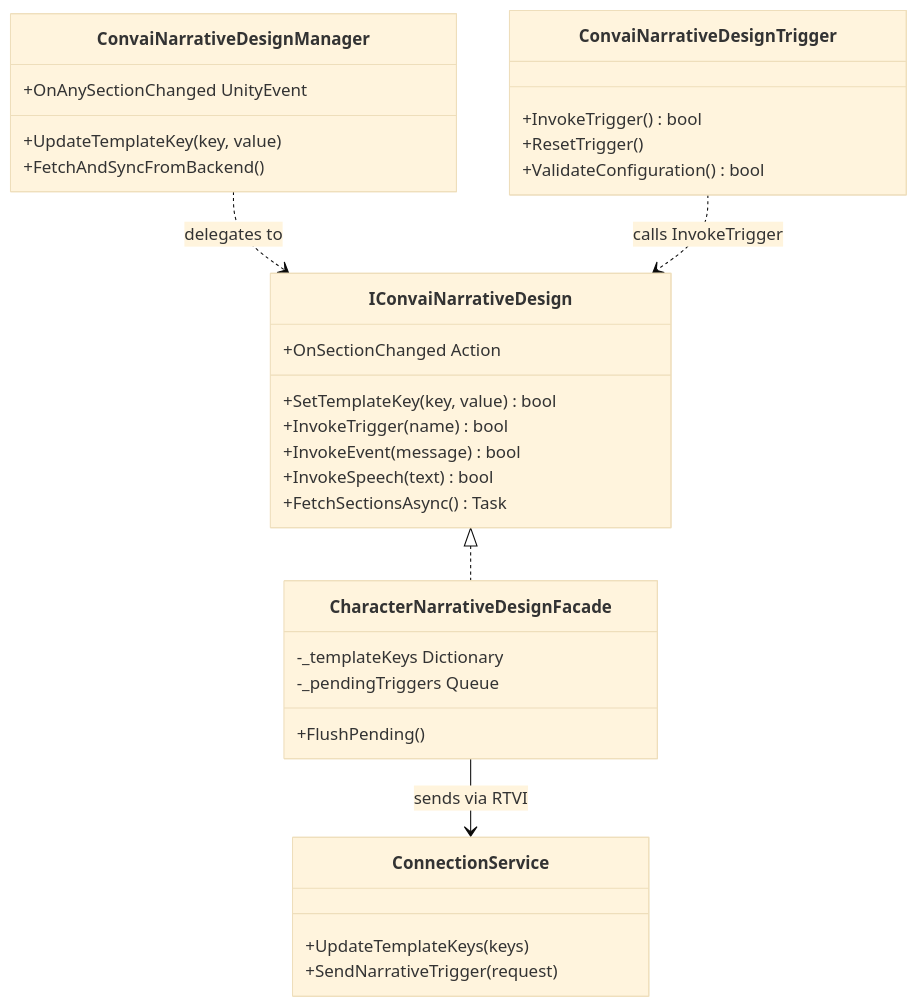
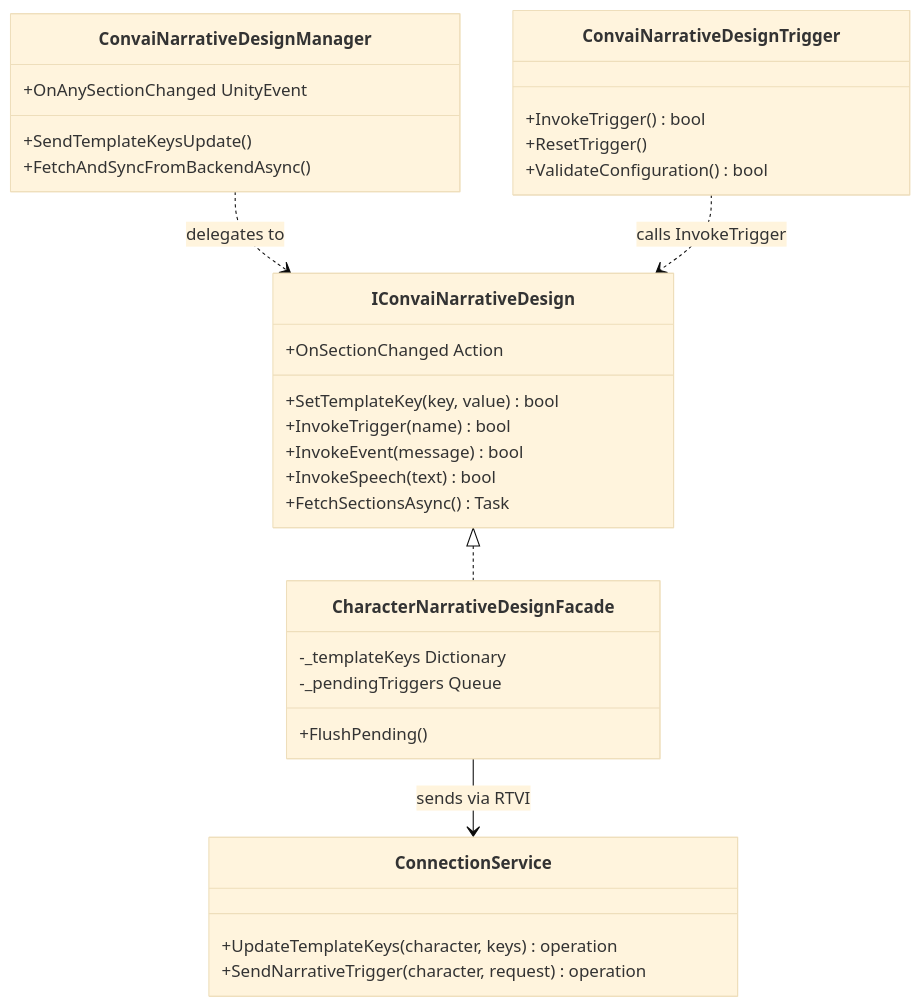
Before and after one commit to Conv-AI/Convai-Documentation: the diagram in plugins-and-integrations/convai-unity-sdk/features/narrative-design/scripting-narrative-design.md, drawn with Mermaid (base theme). The commit also changed other lines of this file and 315 other files, not shown here.

````diff
--- a/plugins-and-integrations/convai-unity-sdk/features/narrative-design/scripting-narrative-design.md
+++ b/plugins-and-integrations/convai-unity-sdk/features/narrative-design/scripting-narrative-design.md
@@ -247,35 +247,35 @@
 ```mermaid
 classDiagram
     class ConvaiNarrativeDesignManager {
-        +UpdateTemplateKey(key, value)
-        +FetchAndSyncFromBackend()
+        +SendTemplateKeysUpdate()
+        +FetchAndSyncFromBackendAsync()
         +OnAnySectionChanged UnityEvent
     }
     class ConvaiNarrativeDesignTrigger {
         +InvokeTrigger() bool
         +ResetTrigger()
         +ValidateConfiguration() bool
     }
     class IConvaiNarrativeDesign {
         +SetTemplateKey(key, value) bool
         +InvokeTrigger(name) bool
         +InvokeEvent(message) bool
         +InvokeSpeech(text) bool
         +FetchSectionsAsync() Task
         +OnSectionChanged Action
     }
     class CharacterNarrativeDesignFacade {
         -_templateKeys Dictionary
         -_pendingTriggers Queue
         +FlushPending()
     }
     class ConnectionService {
-        +UpdateTemplateKeys(keys)
-        +SendNarrativeTrigger(request)
+        +UpdateTemplateKeys(character, keys) operation
+        +SendNarrativeTrigger(character, request) operation
     }
 
     ConvaiNarrativeDesignManager ..> IConvaiNarrativeDesign : delegates to
     ConvaiNarrativeDesignTrigger ..> IConvaiNarrativeDesign : calls InvokeTrigger
     IConvaiNarrativeDesign <|.. CharacterNarrativeDesignFacade
     CharacterNarrativeDesignFacade --> ConnectionService : sends via RTVI
 ```
````
